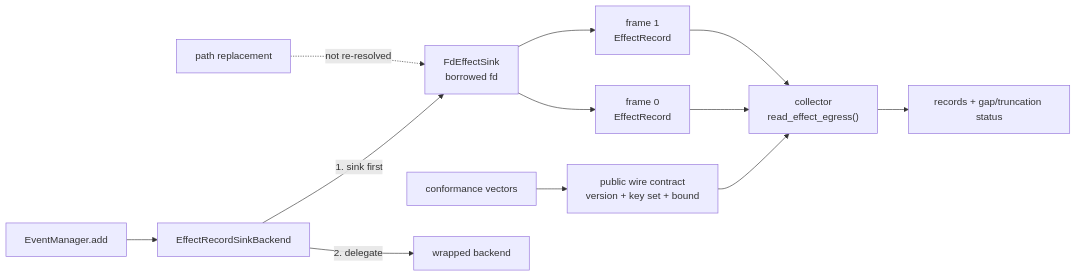
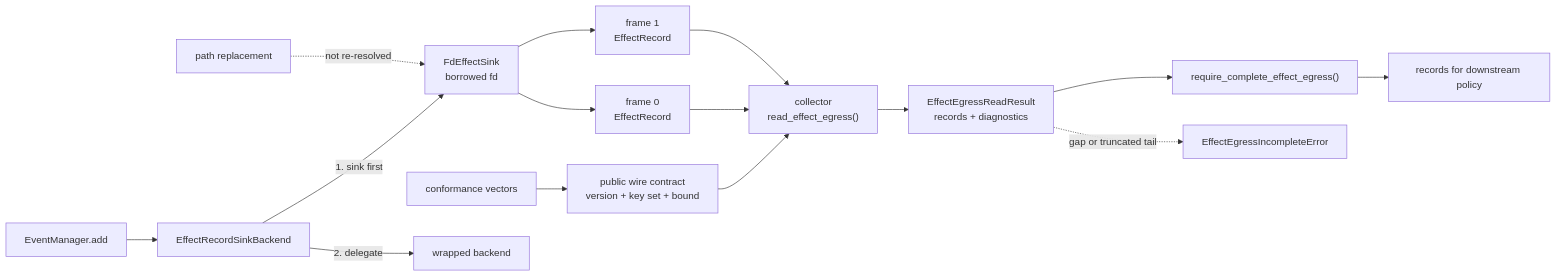
Before and after one commit to nirosen/labs-OO-Agents: the diagram in README.md, drawn with Mermaid. The commit also changed other lines of this file and 4 other files, not shown here.

Commit message:
Add effect egress completeness gate

````diff
--- a/README.md
+++ b/README.md
@@ -71,15 +71,18 @@
 ```mermaid
 flowchart LR
     A["EventManager.add"] --> B["EffectRecordSinkBackend"]
     B -->|1. sink first| C["FdEffectSink<br/>borrowed fd"]
     C --> D["frame 0<br/>EffectRecord"]
     C --> E["frame 1<br/>EffectRecord"]
     W["public wire contract<br/>version + key set + bound"] --> F["collector<br/>read_effect_egress()"]
     V["conformance vectors"] --> W
     D --> F
     E --> F
-    F --> G["records + gap/truncation status"]
-    B -->|2. delegate| H["wrapped backend"]
+    F --> G["EffectEgressReadResult<br/>records + diagnostics"]
+    G --> H["require_complete_effect_egress()"]
+    H --> J["records for downstream policy"]
+    G -.->|"gap or truncated tail"| X["EffectEgressIncompleteError"]
+    B -->|2. delegate| K["wrapped backend"]
 
-    I["path replacement"] -. "not re-resolved" .-> C
+    I["path replacement"] -.->|"not re-resolved"| C
 ```
````
